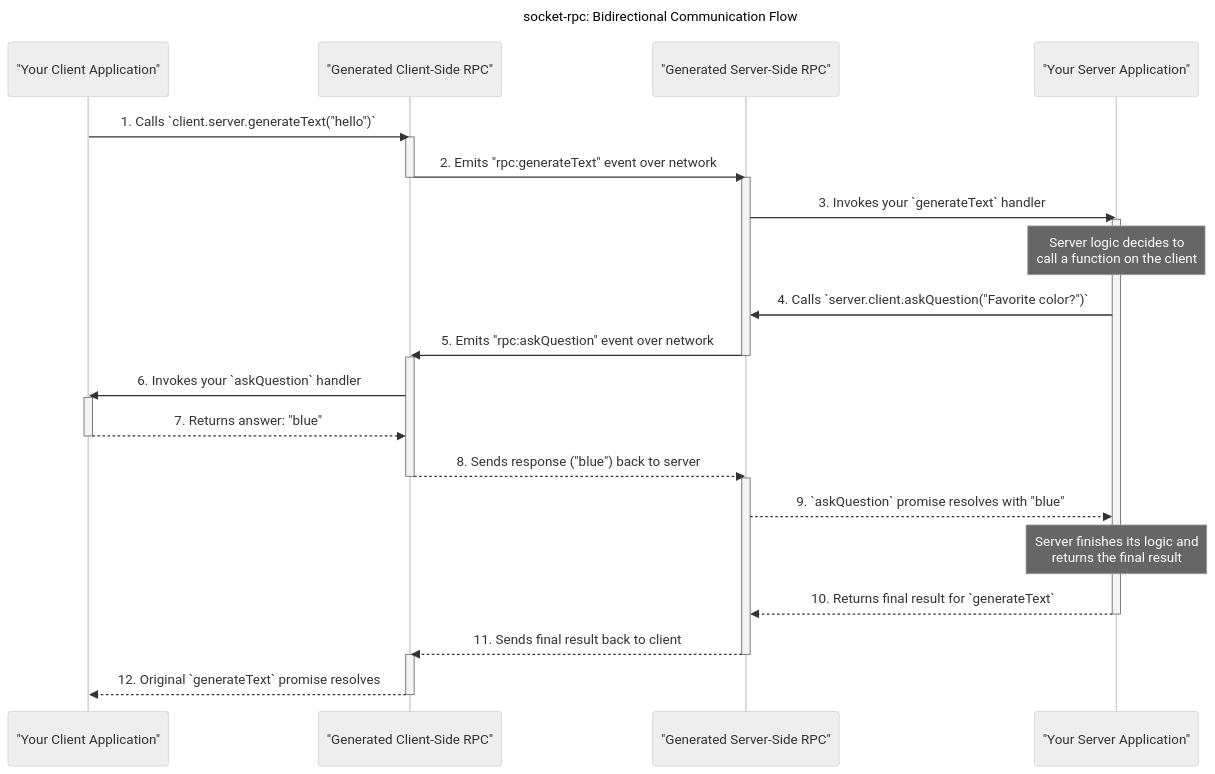
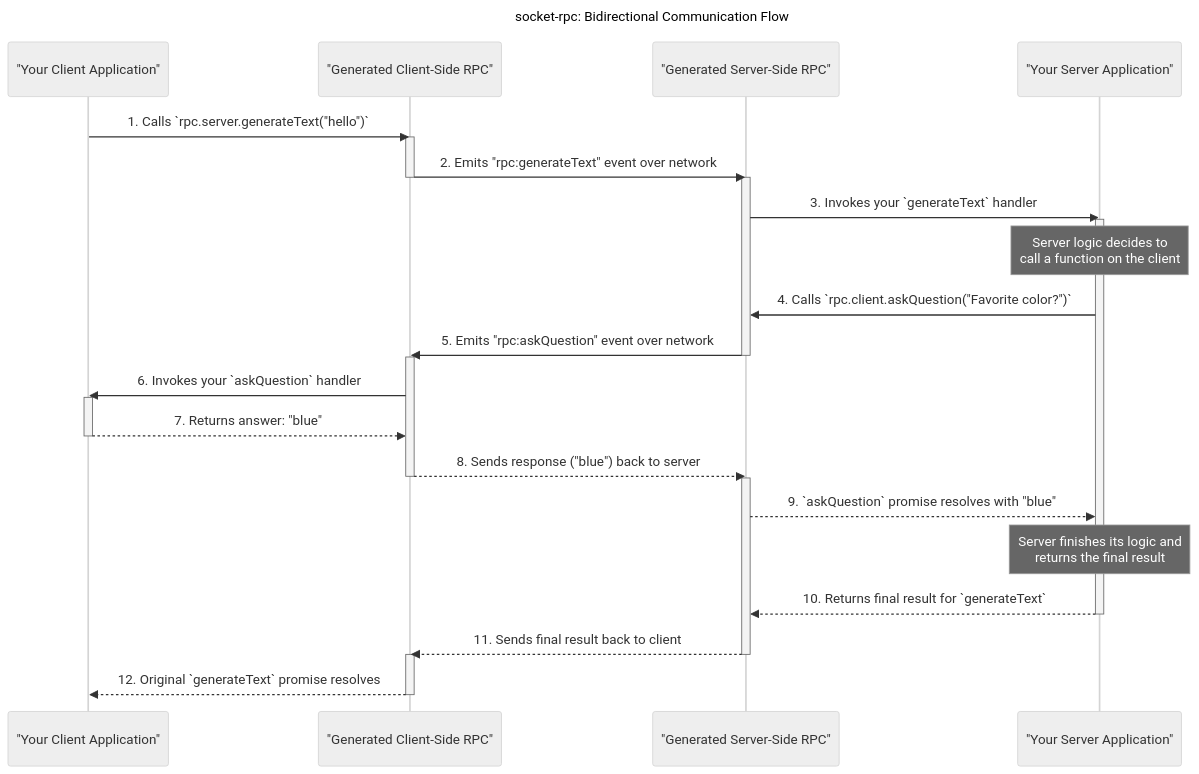
Before and after one commit to nguyenvanduocit/socketrpc-gen: the diagram in README.md, drawn with Mermaid (neutral theme). The commit also changed other lines of this file and 2 other files, not shown here.

First line of the commit message:
docs: rename client/server variables to rpc for clarity

````diff
--- a/README.md
+++ b/README.md
@@ -89,47 +89,47 @@
 ```mermaid
 sequenceDiagram
     participant ClientApp as "Your Client Application"
     participant GenClient as "Generated Client-Side RPC"
     participant GenServer as "Generated Server-Side RPC"
     participant ServerApp as "Your Server Application"
 
     title socket-rpc: Bidirectional Communication Flow
 
-    ClientApp->>GenClient: 1. Calls `client.server.generateText("hello")`
+    ClientApp->>GenClient: 1. Calls `rpc.server.generateText("hello")`
     activate GenClient
     GenClient->>GenServer: 2. Emits "rpc:generateText" event over network
     deactivate GenClient
 
     activate GenServer
     GenServer->>ServerApp: 3. Invokes your `generateText` handler
     activate ServerApp
 
     Note over ServerApp: Server logic decides to<br/>call a function on the client
 
-    ServerApp->>GenServer: 4. Calls `server.client.askQuestion("Favorite color?")`
+    ServerApp->>GenServer: 4. Calls `rpc.client.askQuestion("Favorite color?")`
     GenServer->>GenClient: 5. Emits "rpc:askQuestion" event over network
     deactivate GenServer
 
     activate GenClient
     GenClient->>ClientApp: 6. Invokes your `askQuestion` handler
     activate ClientApp
     ClientApp-->>GenClient: 7. Returns answer: "blue"
     deactivate ClientApp
 
     GenClient-->>GenServer: 8. Sends response ("blue") back to server
     deactivate GenClient
 
     activate GenServer
     GenServer-->>ServerApp: 9. `askQuestion` promise resolves with "blue"
 
     Note over ServerApp: Server finishes its logic and<br/>returns the final result
 
     ServerApp-->>GenServer: 10. Returns final result for `generateText`
     deactivate ServerApp
     GenServer-->>GenClient: 11. Sends final result back to client
     deactivate GenServer
 
     activate GenClient
     GenClient-->>ClientApp: 12. Original `generateText` promise resolves
     deactivate GenClient
 ```
````
